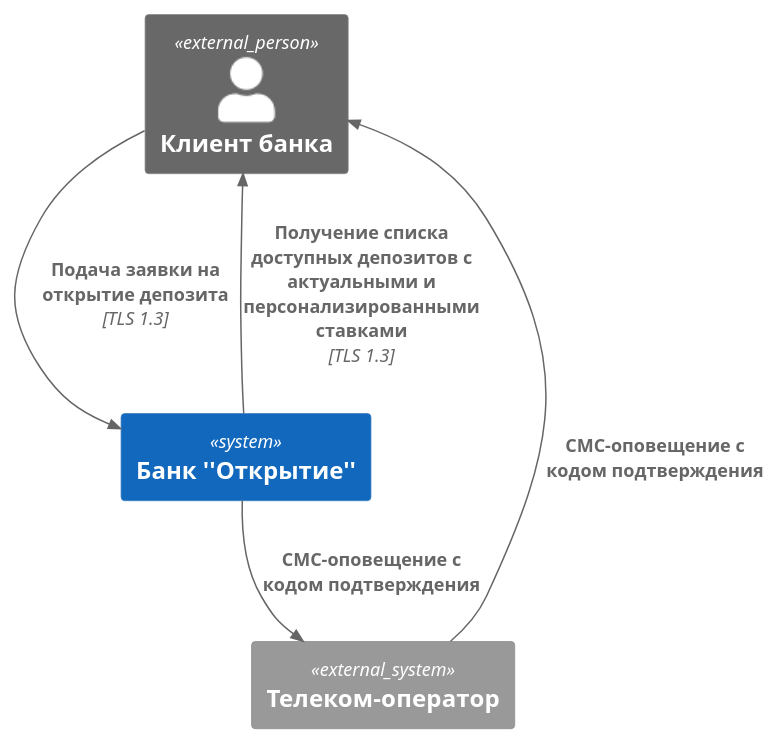
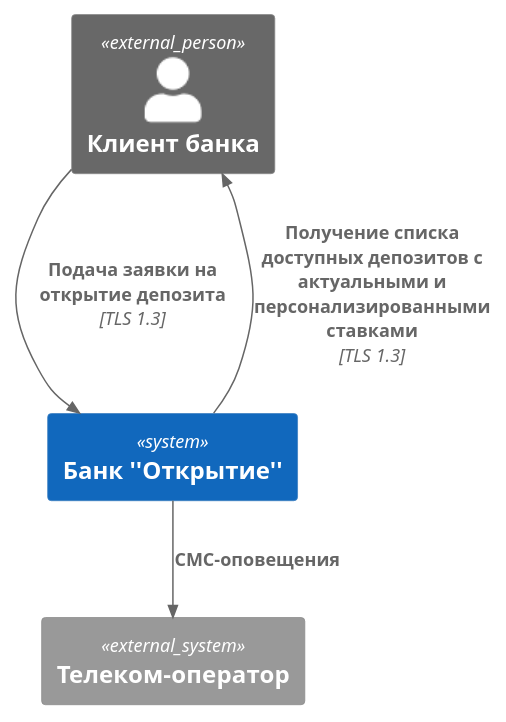
One commit to snakeduse/architecture-sprint-9 changed the diagram in Exc3/diagrams_src/context_diagram.puml. Above: the diagram before and after it, drawn with PlantUML. The commit also changed 1 other file, not shown here.

Commit message:
feat(Exc3): Уточнил диаграмму контекста

```diff
--- a/Exc3/diagrams_src/context_diagram.puml
+++ b/Exc3/diagrams_src/context_diagram.puml
@@ -1,17 +1,16 @@
 @startuml open_deposit
 
 !include https://raw.githubusercontent.com/plantuml-stdlib/C4-PlantUML/master/C4_Container.puml
 
 top to bottom direction
 
 Person_Ext(bankClient, "Клиент банка", "")
 
 System(bank, "Банк ''Открытие''", "")
 System_Ext(telecomOperator, "Телеком-оператор")
 
 Rel(bank, bankClient, "Получение списка доступных депозитов с актуальными и персонализированными ставками", "TLS 1.3")
 Rel(bankClient, bank, "Подача заявки на открытие депозита", "TLS 1.3")
-Rel(bank, telecomOperator, "СМС-оповещение с кодом подтверждения")
-Rel(telecomOperator, bankClient, "СМС-оповещение с кодом подтверждения")
+Rel(bank, telecomOperator, "СМС-оповещения")
 
 @enduml
```
